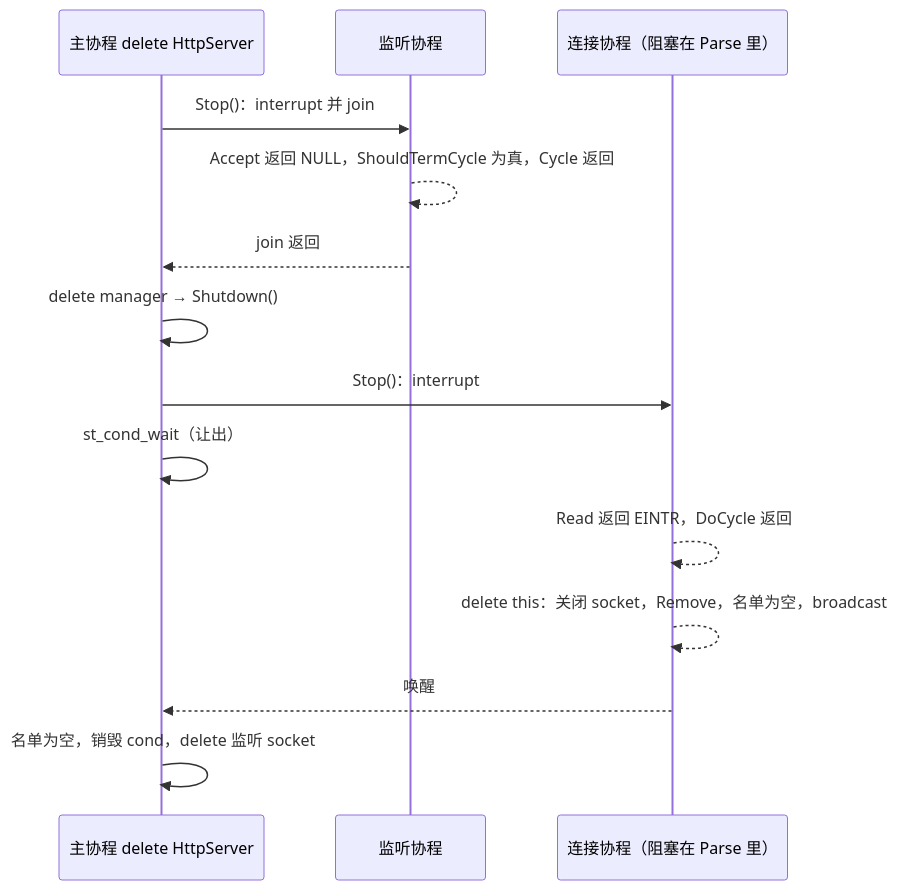
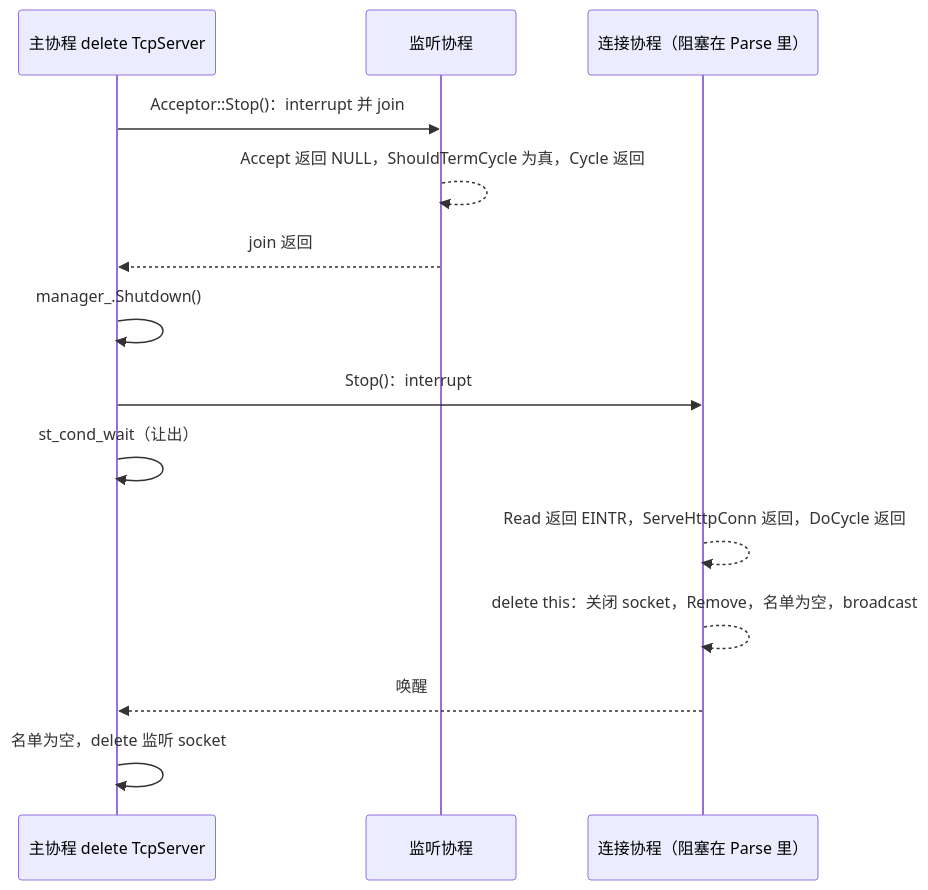
The second of 2 diagrams in docs/st.md (hydah/coco), drawn with Mermaid before and after one commit. The commit also changed other lines of this file and 4 other files, not shown here.

Commit message:
docs: describe the layered layout and TcpServer

````diff
--- a/docs/st.md
+++ b/docs/st.md
@@ -304,16 +315,16 @@
 ```mermaid
 sequenceDiagram
-    participant M as 主协程 delete HttpServer
+    participant M as 主协程 delete TcpServer
     participant L as 监听协程
     participant C as 连接协程（阻塞在 Parse 里）
-    M->>L: Stop()：interrupt 并 join
+    M->>L: Acceptor::Stop()：interrupt 并 join
     L-->>L: Accept 返回 NULL，ShouldTermCycle 为真，Cycle 返回
     L-->>M: join 返回
-    M->>M: delete manager → Shutdown()
+    M->>M: manager_.Shutdown()
     M->>C: Stop()：interrupt
     M->>M: st_cond_wait（让出）
-    C-->>C: Read 返回 EINTR，DoCycle 返回
+    C-->>C: Read 返回 EINTR，ServeHttpConn 返回，DoCycle 返回
     C-->>C: delete this：关闭 socket，Remove，名单为空，broadcast
     C-->>M: 唤醒
-    M->>M: 名单为空，销毁 cond，delete 监听 socket
+    M->>M: 名单为空，delete 监听 socket
 ```
````
